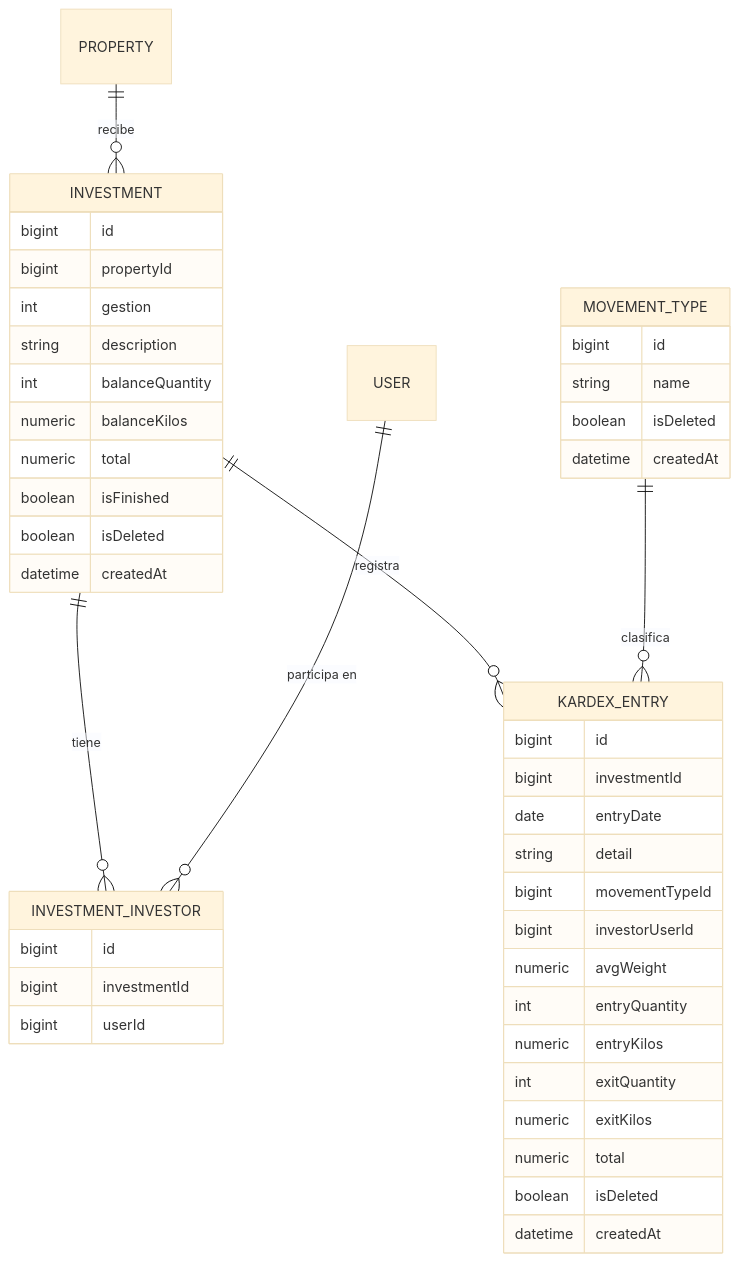
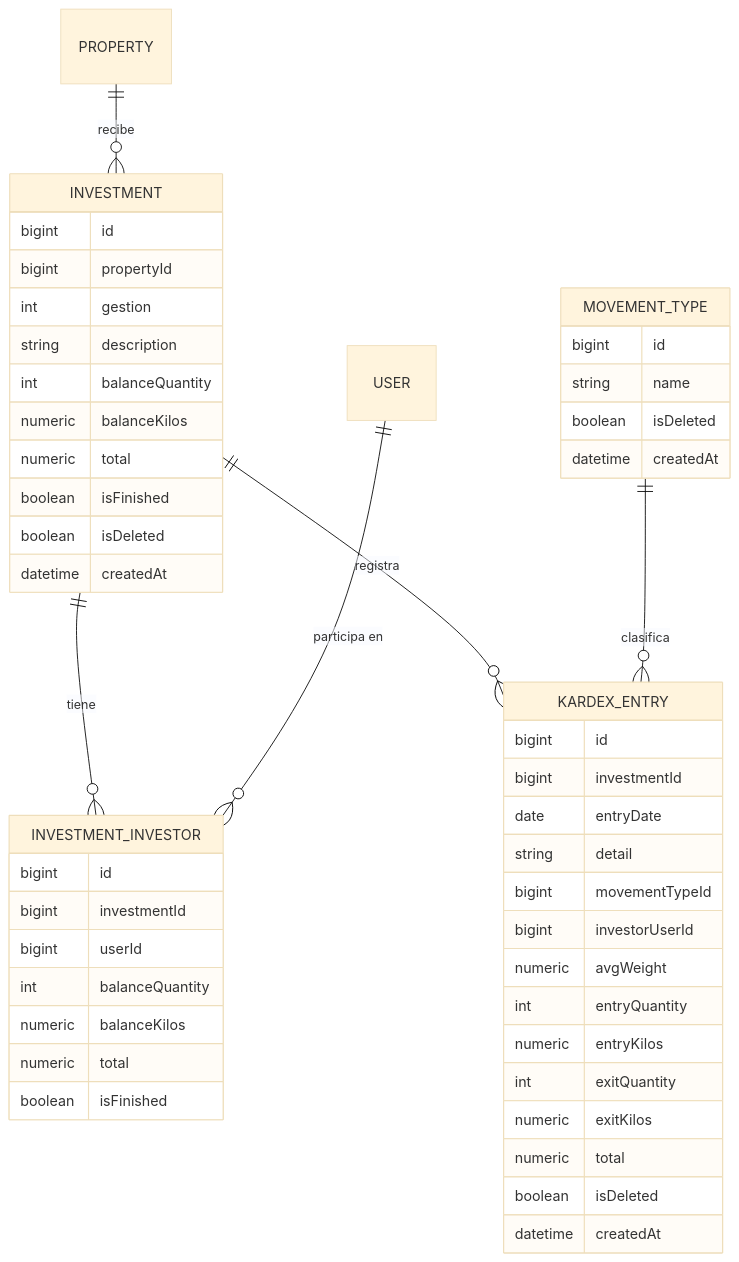
Before and after one commit to mzenteno/RedPecuaria_backend: the diagram in docs/investment/investment.md, drawn with Mermaid (base theme). The commit also changed other lines of this file and 36 other files, not shown here.

````diff
--- a/docs/investment/investment.md
+++ b/docs/investment/investment.md
@@ -16,47 +16,51 @@
 ```mermaid
 erDiagram
     PROPERTY ||--o{ INVESTMENT : "recibe"
     INVESTMENT ||--o{ INVESTMENT_INVESTOR : "tiene"
     USER ||--o{ INVESTMENT_INVESTOR : "participa en"
     INVESTMENT ||--o{ KARDEX_ENTRY : "registra"
     MOVEMENT_TYPE ||--o{ KARDEX_ENTRY : "clasifica"
     INVESTMENT {
         bigint id
         bigint propertyId
         int gestion
         string description
         int balanceQuantity
         numeric balanceKilos
         numeric total
         boolean isFinished
         boolean isDeleted
         datetime createdAt
     }
     INVESTMENT_INVESTOR {
         bigint id
         bigint investmentId
         bigint userId
+        int balanceQuantity
+        numeric balanceKilos
+        numeric total
+        boolean isFinished
     }
     KARDEX_ENTRY {
         bigint id
         bigint investmentId
         date entryDate
         string detail
         bigint movementTypeId
         bigint investorUserId
         numeric avgWeight
         int entryQuantity
         numeric entryKilos
         int exitQuantity
         numeric exitKilos
         numeric total
         boolean isDeleted
         datetime createdAt
     }
     MOVEMENT_TYPE {
         bigint id
         string name
         boolean isDeleted
         datetime createdAt
     }
 ```
````
